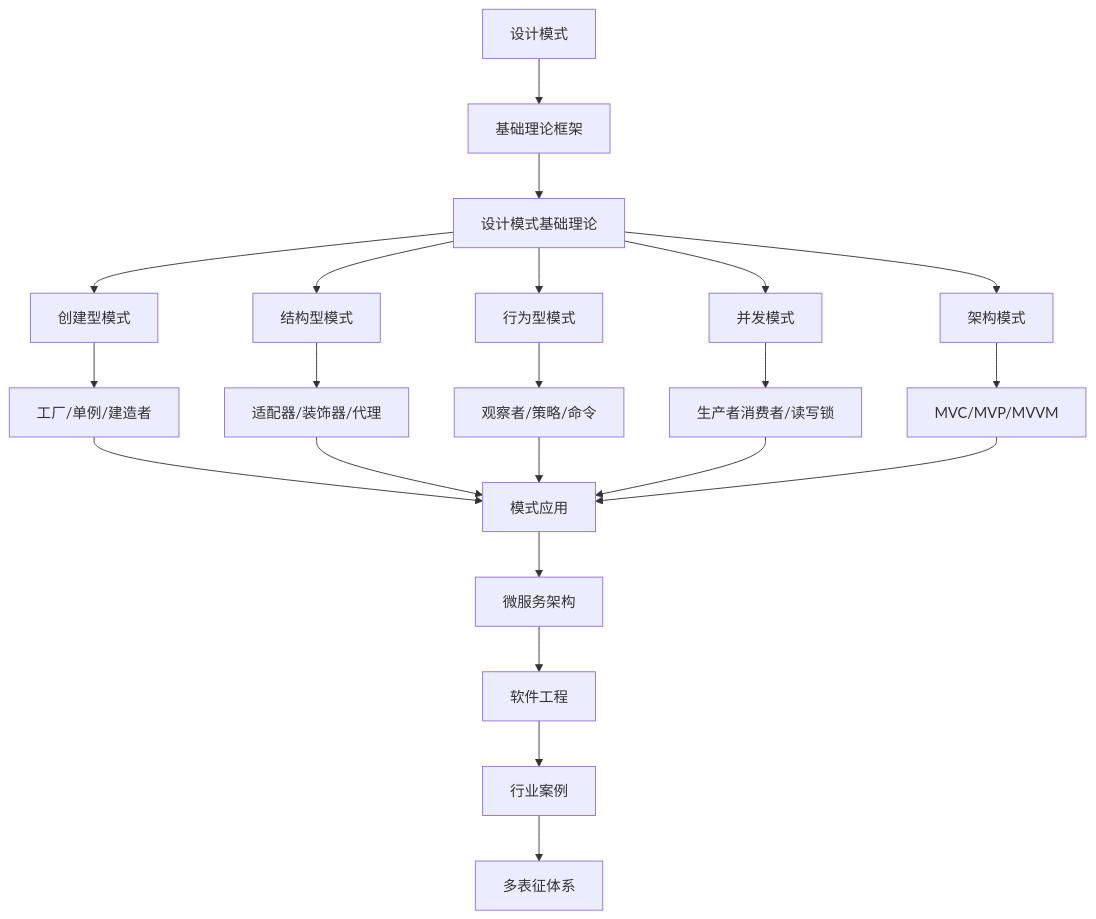
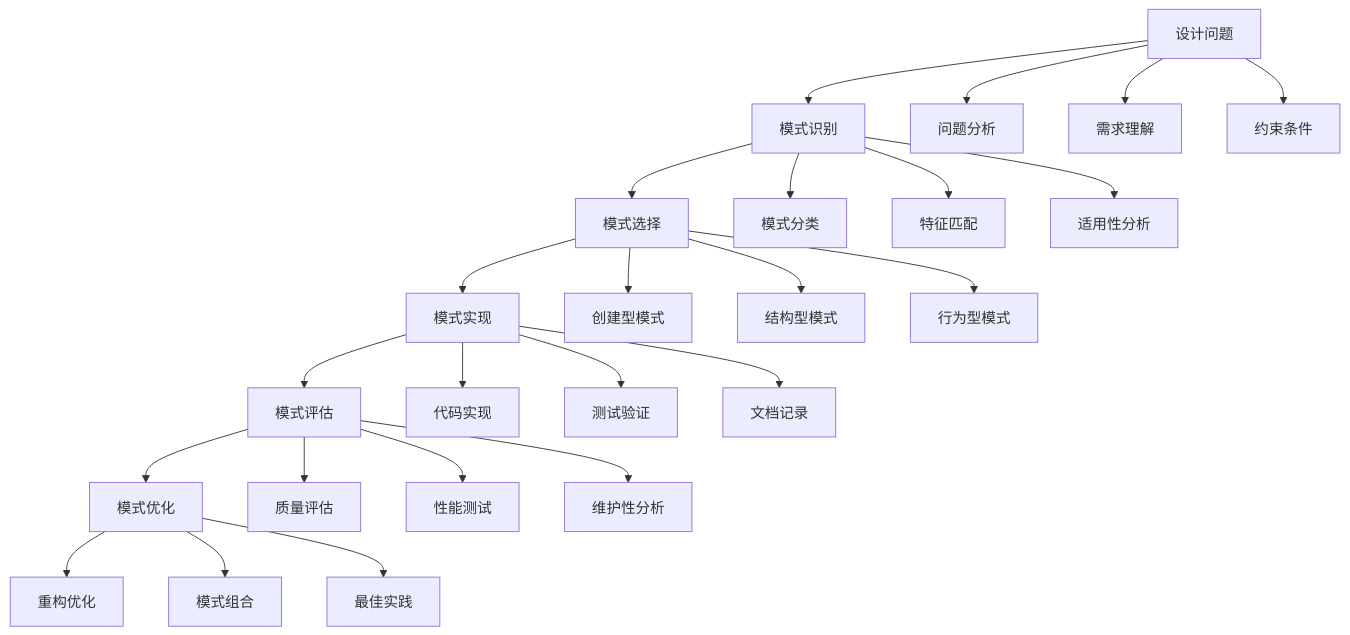
The diagram in Analysis/4-软件架构与工程/4.2-设计模式/README.md (AdaMartin18010/Data-Science), drawn with Mermaid before and after one commit. The commit also changed other lines of this file and 16 other files, not shown here.

````diff
--- a/Analysis/4-软件架构与工程/4.2-设计模式/README.md
+++ b/Analysis/4-软件架构与工程/4.2-设计模式/README.md
@@ -21,20 +27,32 @@
 ```mermaid
-flowchart TD
-  A[设计模式] --> B[基础理论框架]
-  B --> C[设计模式基础理论]
-  C --> D[创建型模式]
-  C --> E[结构型模式]
-  C --> F[行为型模式]
-  C --> G[并发模式]
-  C --> H[架构模式]
-  D --> I[工厂/单例/建造者]
-  E --> J[适配器/装饰器/代理]
-  F --> K[观察者/策略/命令]
-  G --> L[生产者消费者/读写锁]
-  H --> M[MVC/MVP/MVVM]
-  I & J & K & L & M --> N[模式应用]
-  N --> O[微服务架构]
-  O --> P[软件工程]
-  P --> Q[行业案例]
-  Q --> R[多表征体系]
+graph TB
+    A[设计问题] --> B[模式识别]
+    B --> C[模式选择]
+    C --> D[模式实现]
+    D --> E[模式评估]
+    E --> F[模式优化]
+    
+    A --> G[问题分析]
+    A --> H[需求理解]
+    A --> I[约束条件]
+    
+    B --> J[模式分类]
+    B --> K[特征匹配]
+    B --> L[适用性分析]
+    
+    C --> M[创建型模式]
+    C --> N[结构型模式]
+    C --> O[行为型模式]
+    
+    D --> P[代码实现]
+    D --> Q[测试验证]
+    D --> R[文档记录]
+    
+    E --> S[质量评估]
+    E --> T[性能测试]
+    E --> U[维护性分析]
+    
+    F --> V[重构优化]
+    F --> W[模式组合]
+    F --> X[最佳实践]
 ```
````
